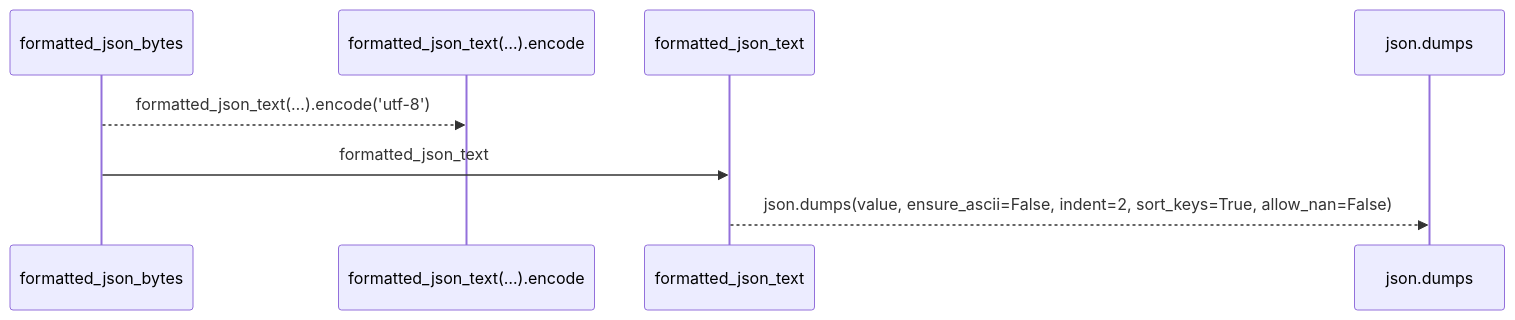
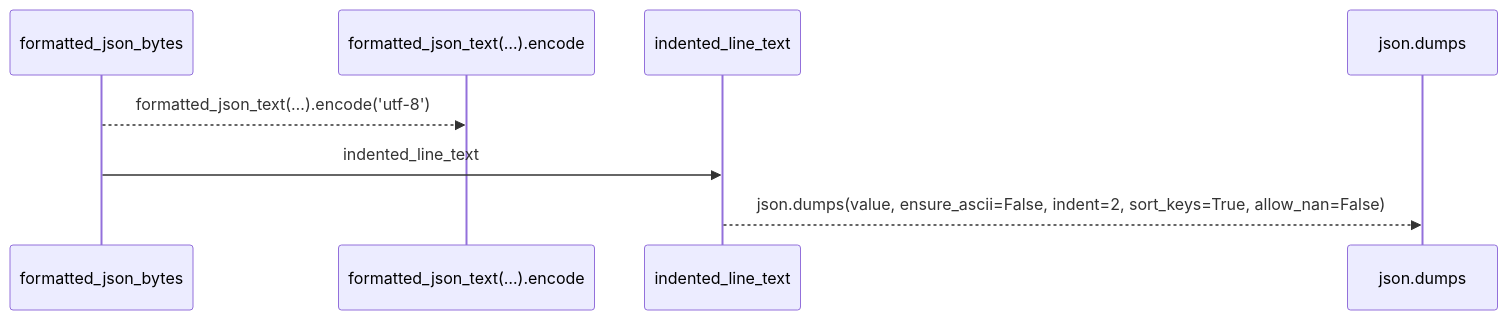
Before and after one commit to Denissvgn/python-wiki-llm: the first of 2 diagrams in docs/llm_wiki/flows/api-formatted_json_bytes.md, drawn with Mermaid. The commit also changed other lines of this file and 1555 other files, not shown here.

````diff
--- a/docs/llm_wiki/flows/api-formatted_json_bytes.md
+++ b/docs/llm_wiki/flows/api-formatted_json_bytes.md
@@ -12,10 +12,10 @@
 ```mermaid
 sequenceDiagram
     participant p0 as formatted_json_bytes
     participant p1 as formatted_json_text(…).encode
-    participant p2 as formatted_json_text
+    participant p2 as indented_line_text
     participant p3 as json.dumps
     p0-->>p1: formatted_json_text(…).encode('utf-8')
-    p0->>p2: formatted_json_text
+    p0->>p2: indented_line_text
     p2-->>p3: json.dumps(value, ensure_ascii=False, indent=2, sort_keys=True, allow_nan=False)
 ```
````
